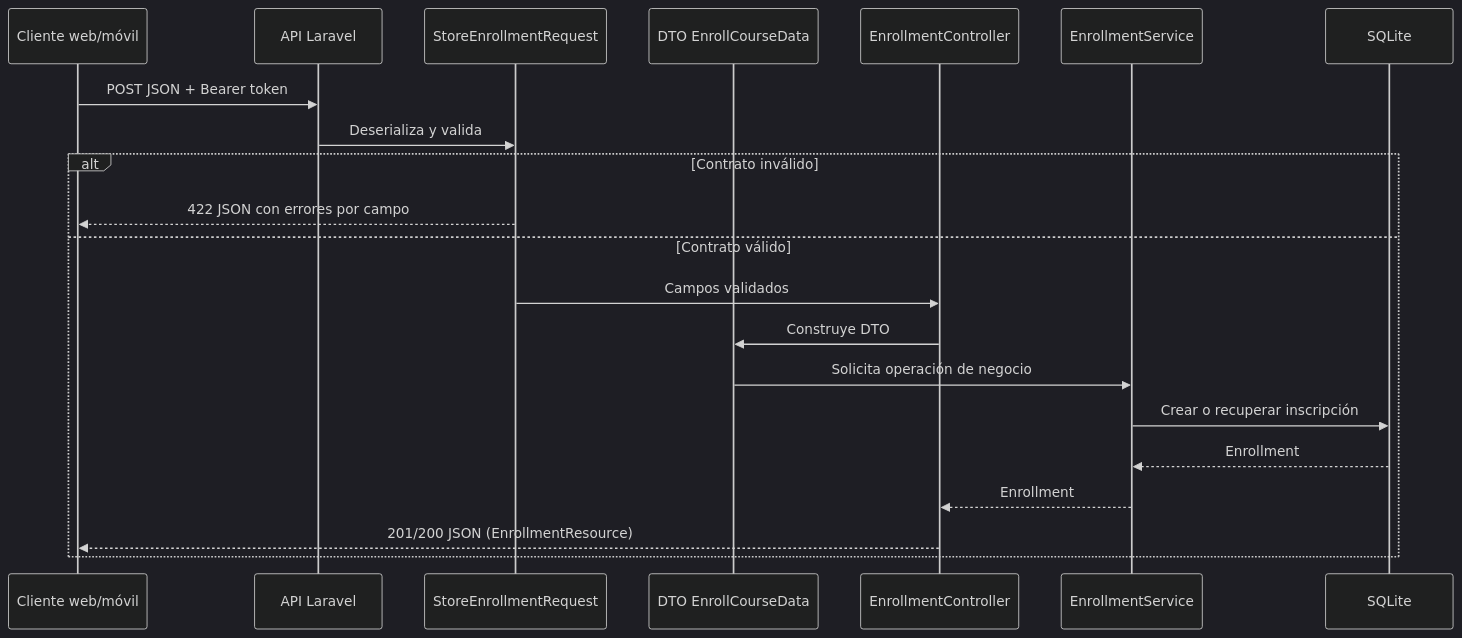
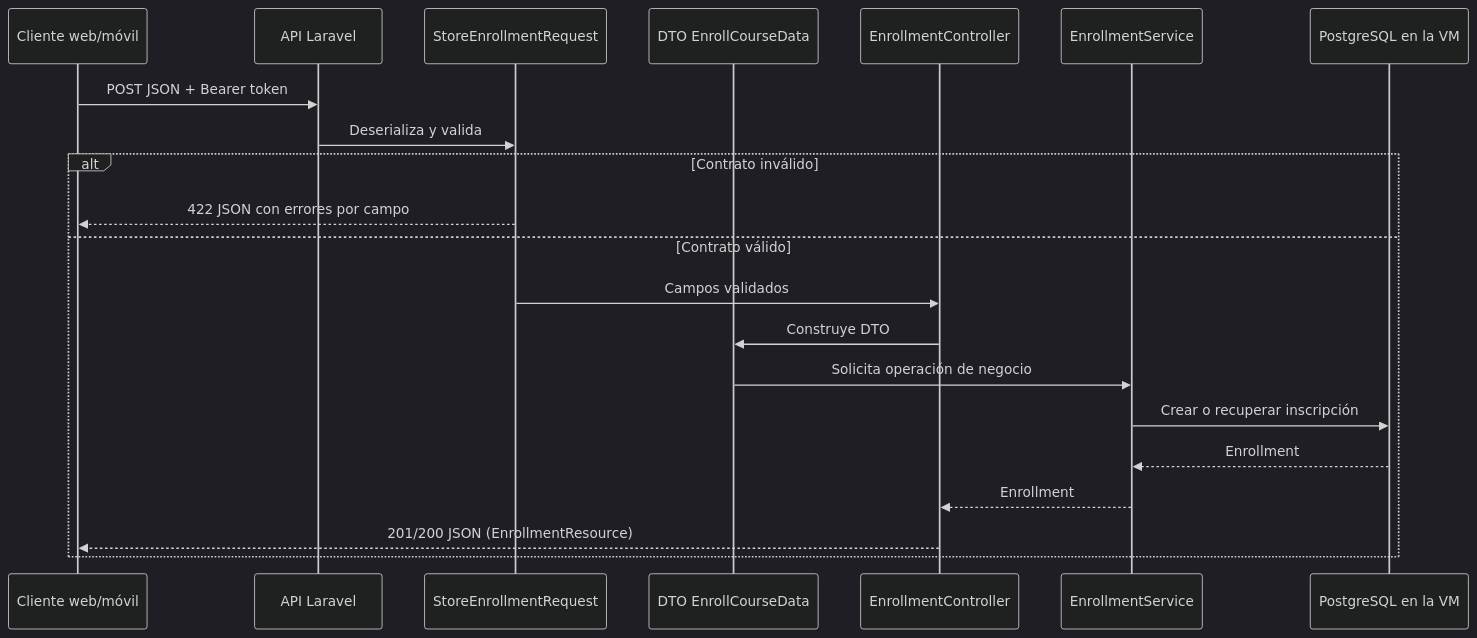
Before and after one commit to CarlosJChileS/Integracion-e-implementacion-de-software: the second of 2 diagrams in 2.2/docs/CONTRATO_JSON.md, drawn with Mermaid (dark theme). The commit also changed other lines of this file and 3 other files, not shown here.

Commit message:
Document Ubuntu PostgreSQL VM integration

````diff
--- a/2.2/docs/CONTRATO_JSON.md
+++ b/2.2/docs/CONTRATO_JSON.md
@@ -109,23 +109,23 @@
 ```mermaid
 sequenceDiagram
     participant C as Cliente web/móvil
     participant A as API Laravel
     participant V as StoreEnrollmentRequest
     participant D as DTO EnrollCourseData
     participant CT as EnrollmentController
     participant S as EnrollmentService
-    participant DB as SQLite
+    participant DB as PostgreSQL en la VM
     C->>A: POST JSON + Bearer token
     A->>V: Deserializa y valida
     alt Contrato inválido
         V-->>C: 422 JSON con errores por campo
     else Contrato válido
         V->>CT: Campos validados
         CT->>D: Construye DTO
         D->>S: Solicita operación de negocio
         S->>DB: Crear o recuperar inscripción
         DB-->>S: Enrollment
         S-->>CT: Enrollment
         CT-->>C: 201/200 JSON (EnrollmentResource)
     end
 ```
````
